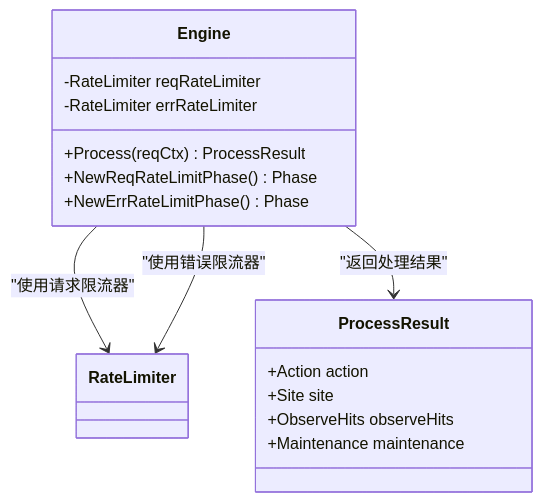
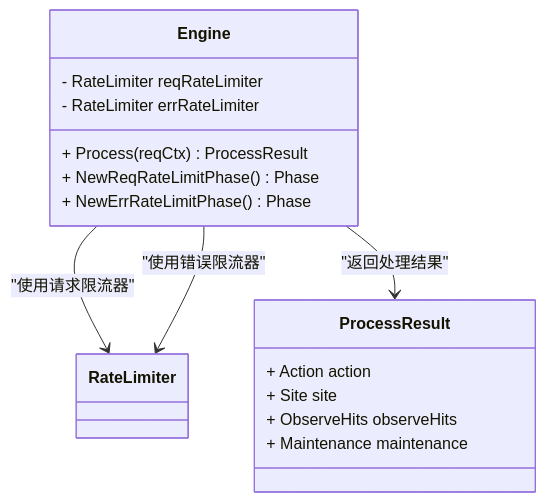
The seventh of 10 diagrams in docs/安全防护功能/速率限制机制/限流配置管理.md (x01n/My-OpenWaf), drawn with Mermaid before and after one commit. The commit also changed other lines of this file and 199 other files, not shown here.

````diff
--- a/docs/安全防护功能/速率限制机制/限流配置管理.md
+++ b/docs/安全防护功能/速率限制机制/限流配置管理.md
@@ -262,19 +279,19 @@
 ```mermaid
 classDiagram
 class Engine {
--RateLimiter reqRateLimiter
--RateLimiter errRateLimiter
-+Process(reqCtx) ProcessResult
-+NewReqRateLimitPhase() Phase
-+NewErrRateLimitPhase() Phase
+- RateLimiter reqRateLimiter
+- RateLimiter errRateLimiter
++ Process(reqCtx) ProcessResult
++ NewReqRateLimitPhase() Phase
++ NewErrRateLimitPhase() Phase
 }
 class ProcessResult {
-+Action action
-+Site site
-+ObserveHits observeHits
-+Maintenance maintenance
++ Action action
++ Site site
++ ObserveHits observeHits
++ Maintenance maintenance
 }
 Engine --> RateLimiter : "使用请求限流器"
 Engine --> RateLimiter : "使用错误限流器"
 Engine --> ProcessResult : "返回处理结果"
 ```
````
